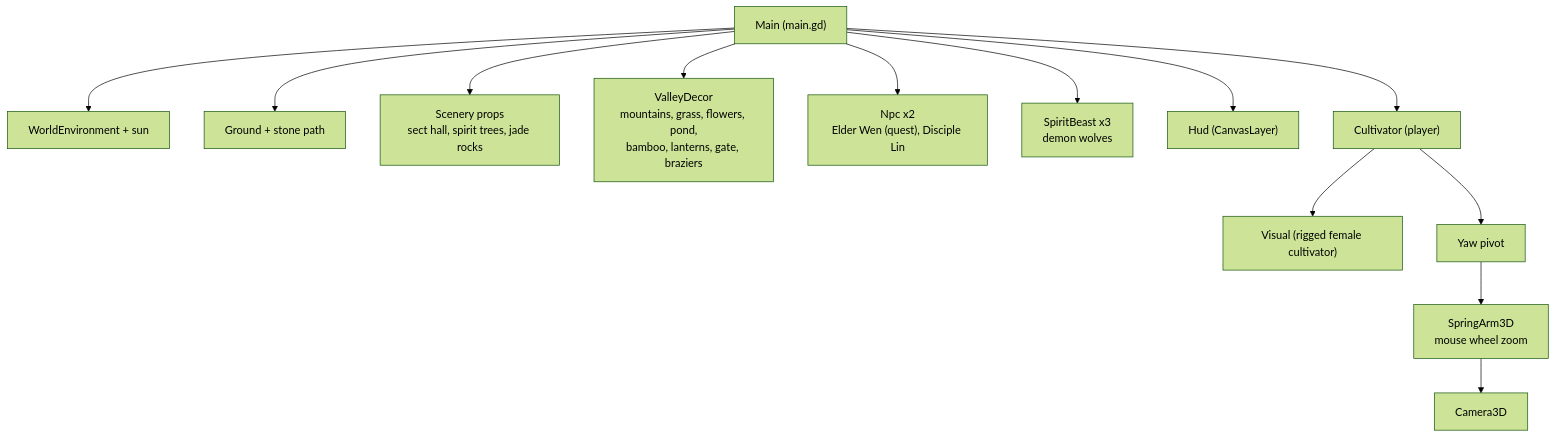
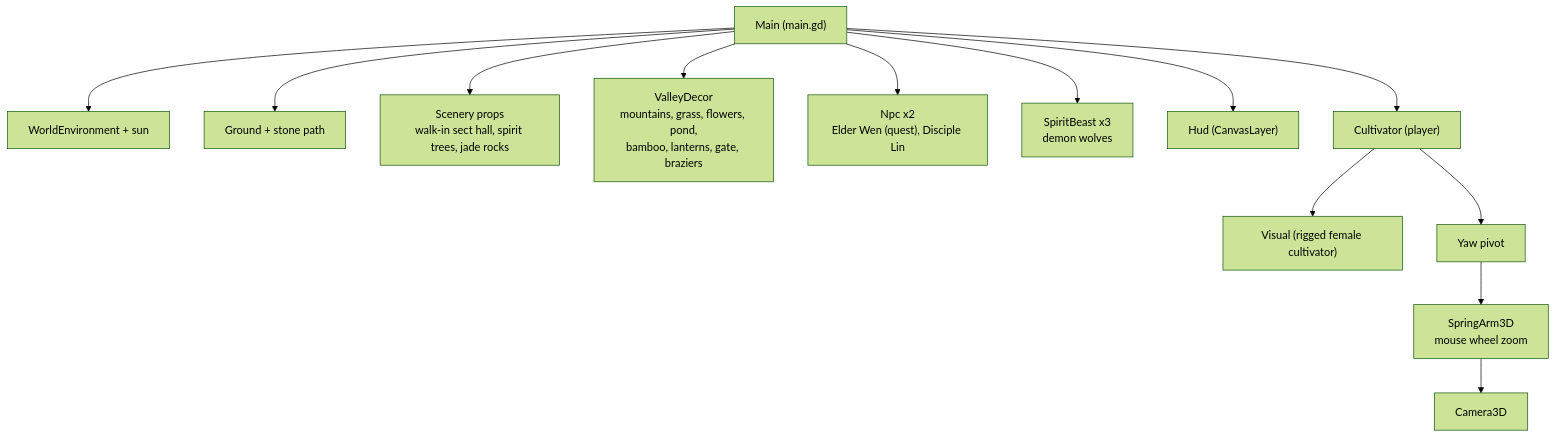
Before and after one commit to jgyy/trixian: the first of 8 diagrams in docs/architecture.md, drawn with Mermaid (forest theme). The commit also changed 19 other files, not shown here.

First line of the commit message:
Re-unwrap character UVs to remove texture stretch; make sect hall walk-in (#3)

````diff
--- a/docs/architecture.md
+++ b/docs/architecture.md
@@ -11,15 +11,15 @@
 ```mermaid
 flowchart TD
     main["Main (main.gd)"] --> world["WorldEnvironment + sun"]
     main --> ground["Ground + stone path"]
-    main --> scenery["Scenery props<br/>sect hall, spirit trees, jade rocks"]
+    main --> scenery["Scenery props<br/>walk-in sect hall, spirit trees, jade rocks"]
     main --> decor["ValleyDecor<br/>mountains, grass, flowers, pond,<br/>bamboo, lanterns, gate, braziers"]
     main --> npcs["Npc x2<br/>Elder Wen (quest), Disciple Lin"]
     main --> beasts["SpiritBeast x3<br/>demon wolves"]
     main --> hud["Hud (CanvasLayer)"]
     main --> player["Cultivator (player)"]
     player --> visual["Visual (rigged female cultivator)"]
     player --> pivot["Yaw pivot"]
     pivot --> arm["SpringArm3D<br/>mouse wheel zoom"]
     arm --> cam["Camera3D"]
 ```
````
